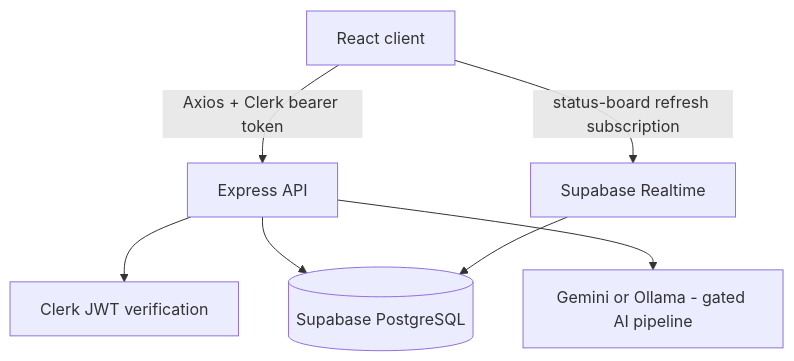
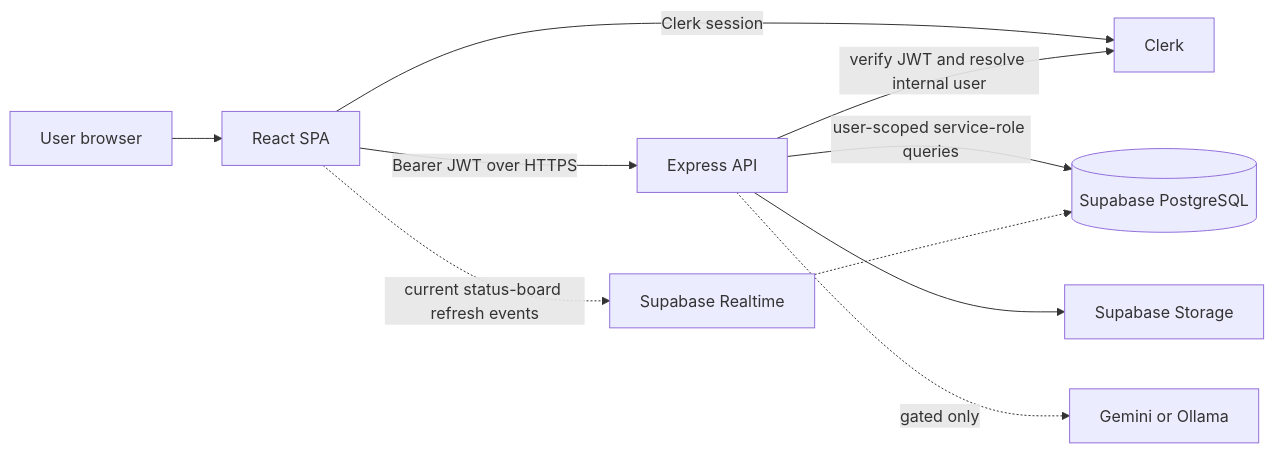
Before and after one commit to Venkat-Kolasani/FutureStack: the first of 4 diagrams in docs/DOCUMENTATION.md, drawn with Mermaid. The commit also changed other lines of this file and 4 other files, not shown here.

````diff
--- a/docs/DOCUMENTATION.md
+++ b/docs/DOCUMENTATION.md
@@ -11,9 +57,12 @@
 ```mermaid
-flowchart TB
-  B["React client"] -->|"Axios + Clerk bearer token"| API["Express API"]
-  B -->|"status-board refresh subscription"| RT["Supabase Realtime"]
-  API --> AUTH["Clerk JWT verification"]
-  API --> DB[("Supabase PostgreSQL")]
-  RT --> DB
-  API --> LLM["Gemini or Ollama - gated AI pipeline"]
+flowchart LR
+  U["User browser"] --> R["React SPA"]
+  R -->|"Clerk session"| C["Clerk"]
+  R -->|"Bearer JWT over HTTPS"| A["Express API"]
+  A -->|"verify JWT and resolve internal user"| C
+  A -->|"user-scoped service-role queries"| DB[("Supabase PostgreSQL")]
+  R -. "current status-board refresh events" .-> RT["Supabase Realtime"]
+  RT -.-> DB
+  A --> ST["Supabase Storage"]
+  A -. "gated only" .-> LLM["Gemini or Ollama"]
 ```
````
